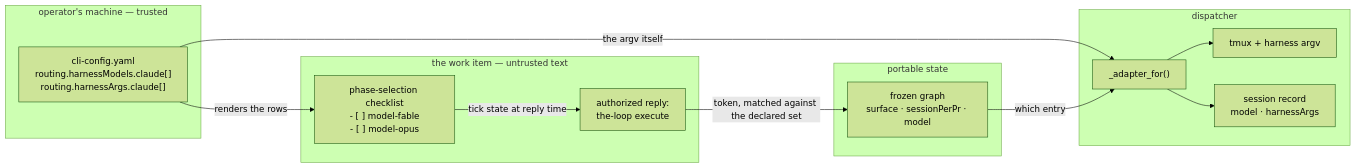
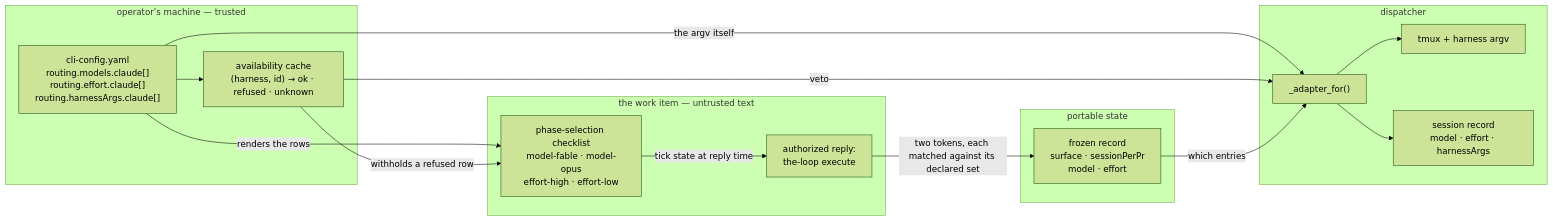
One commit to MadaraUchiha-314/the-loop changed the first of 3 diagrams in docs/specs/issue-358/design.md. Above: the diagram before and after it, drawn with Mermaid (forest theme). The commit also changed other lines of this file and 2 other files, not shown here.

First line of the commit message:
docs(issue-358): revision 2 — model and effort split, availability, the spawn-order answer

````diff
--- a/docs/specs/issue-358/design.md
+++ b/docs/specs/issue-358/design.md
@@ -40,25 +43,29 @@
 ```mermaid
 flowchart LR
   subgraph operator["operator's machine — trusted"]
-    cfg["cli-config.yaml<br/>routing.harnessModels.claude[]<br/>routing.harnessArgs.claude[]"]
+    cfg["cli-config.yaml<br/>routing.models.claude[]<br/>routing.effort.claude[]<br/>routing.harnessArgs.claude[]"]
+    probe["availability cache<br/>(harness, id) → ok · refused · unknown"]
   end
   subgraph ticket["the work item — untrusted text"]
-    chk["phase-selection checklist<br/>- [ ] model-fable<br/>- [ ] model-opus"]
+    chk["phase-selection checklist<br/>model-fable · model-opus<br/>effort-high · effort-low"]
     rep["authorized reply:<br/>the-loop execute"]
   end
   subgraph state["portable state"]
-    frozen["frozen graph<br/>surface · sessionPerPr · model"]
+    frozen["frozen record<br/>surface · sessionPerPr<br/>model · effort"]
   end
   subgraph daemon["dispatcher"]
     res["_adapter_for()"]
     tmux["tmux + harness argv"]
-    reg["session record<br/>model · harnessArgs"]
+    reg["session record<br/>model · effort · harnessArgs"]
   end
+  cfg --> probe
   cfg -->|"renders the rows"| chk
+  probe -->|"withholds a refused row"| chk
   chk -->|"tick state at reply time"| rep
-  rep -->|"token, matched against the declared set"| frozen
+  rep -->|"two tokens, each matched against its declared set"| frozen
   cfg -->|"the argv itself"| res
-  frozen -->|"which entry"| res
+  probe -->|"veto"| res
+  frozen -->|"which entries"| res
   res --> tmux
   res --> reg
 ```
````
